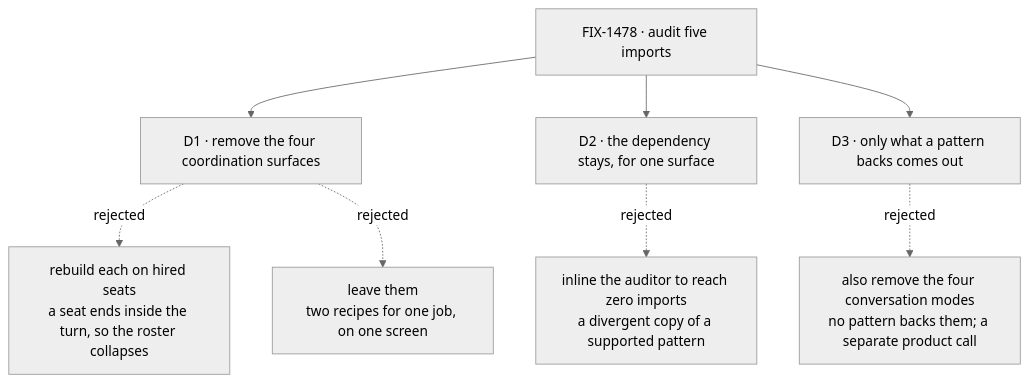
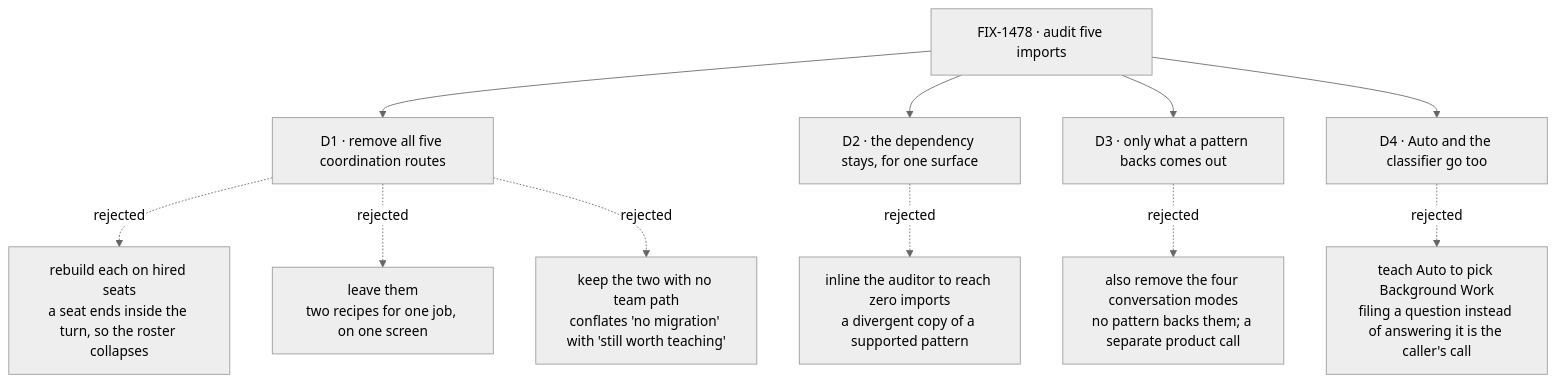
One commit to fixpoint-labs/flow-state-dev changed the diagram in specs/issues/FIX-1478/DECISIONS.md. Above: the diagram before and after it, drawn with Mermaid (neutral theme). The commit also changed other lines of this file and 7 other files, not shown here.

````diff
--- a/specs/issues/FIX-1478/DECISIONS.md
+++ b/specs/issues/FIX-1478/DECISIONS.md
@@ -10,10 +10,13 @@
 ```mermaid
 flowchart TD
-  I["FIX-1478 · audit five imports"] --> D1["D1 · remove the four coordination surfaces"]
+  I["FIX-1478 · audit five imports"] --> D1["D1 · remove all five coordination routes"]
   D1 -.->|"rejected"| X1["rebuild each on hired seats<br/>a seat ends inside the turn, so the roster collapses"]
   D1 -.->|"rejected"| X2["leave them<br/>two recipes for one job, on one screen"]
+  D1 -.->|"rejected"| X5["keep the two with no team path<br/>conflates 'no migration' with 'still worth teaching'"]
   I --> D2["D2 · the dependency stays, for one surface"]
   D2 -.->|"rejected"| X3["inline the auditor to reach zero imports<br/>a divergent copy of a supported pattern"]
   I --> D3["D3 · only what a pattern backs comes out"]
   D3 -.->|"rejected"| X4["also remove the four conversation modes<br/>no pattern backs them; a separate product call"]
+  I --> D4["D4 · Auto and the classifier go too"]
+  D4 -.->|"rejected"| X6["teach Auto to pick Background Work<br/>filing a question instead of answering it is the caller's call"]
 ```
````
